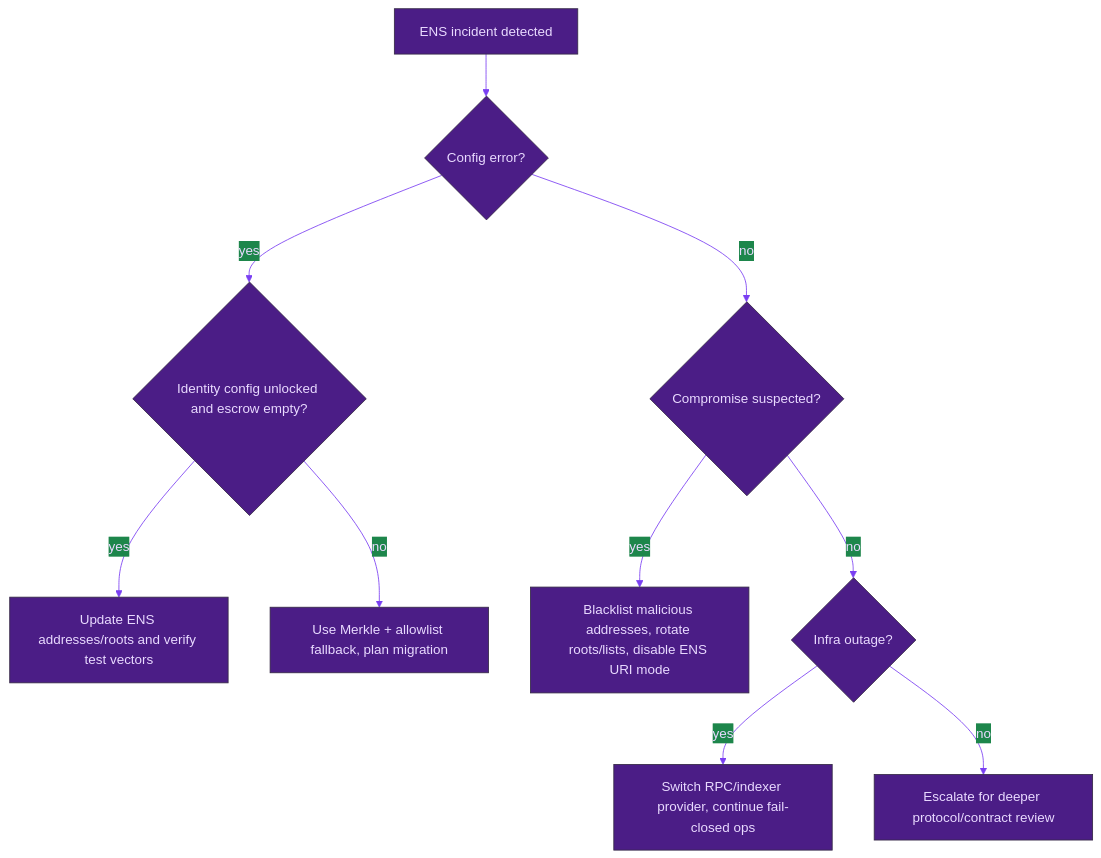
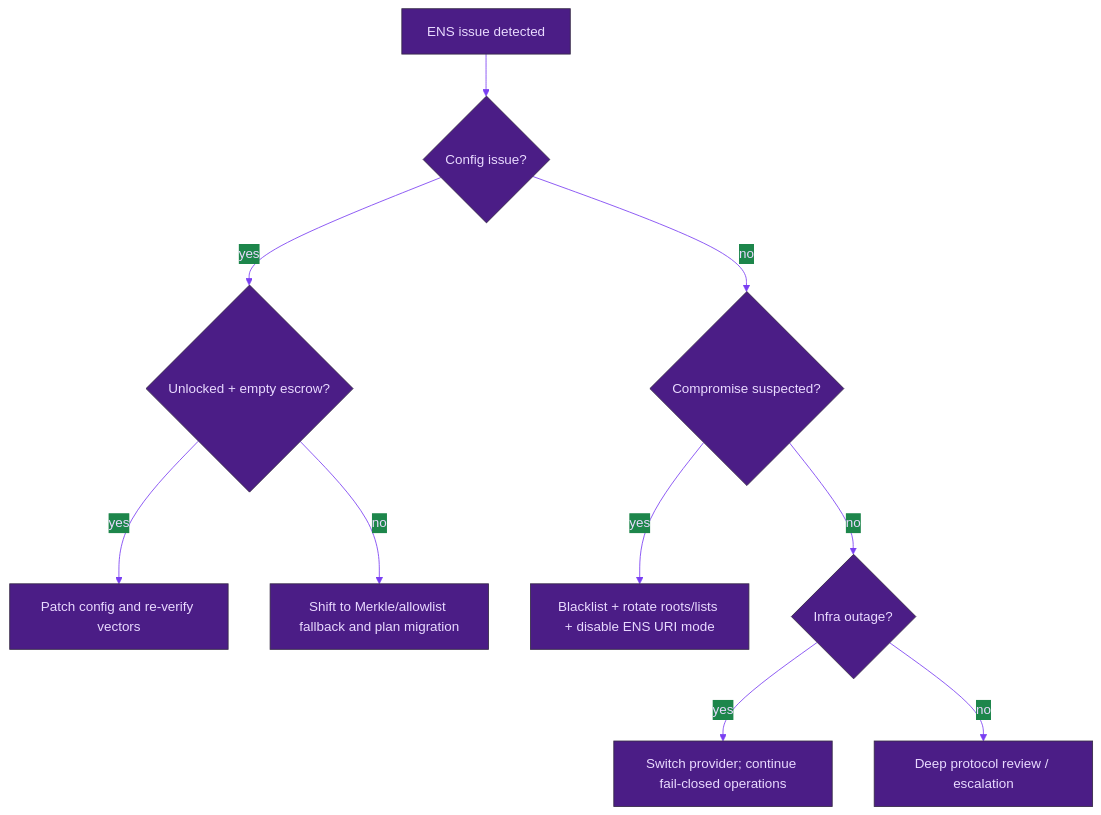
One commit to MontrealAI/AGIJobManager changed the first of 2 diagrams in docs/INTEGRATIONS/ENS_ROBUSTNESS.md. Above: the diagram before and after it, drawn with Mermaid. The commit also changed other lines of this file and 6 other files, not shown here.

````diff
--- a/docs/INTEGRATIONS/ENS_ROBUSTNESS.md
+++ b/docs/INTEGRATIONS/ENS_ROBUSTNESS.md
@@ -37,18 +39,18 @@
 ```mermaid
 %%{init: {"theme":"base","themeVariables":{
 "fontFamily":"ui-sans-serif, system-ui, -apple-system, Segoe UI, Roboto, Arial",
 "background":"#14001F","primaryColor":"#4B1D86","primaryTextColor":"#E9DAFF",
 "lineColor":"#7A3FF2","tertiaryColor":"#1B0B2A",
 "noteBkgColor":"#1B0B2A","noteTextColor":"#E9DAFF"
 }}}%%
 flowchart TD
-    A[ENS incident detected] --> B{Config error?}
-    B -->|yes| C{Identity config unlocked and escrow empty?}
-    C -->|yes| D[Update ENS addresses/roots and verify test vectors]
-    C -->|no| E[Use Merkle + allowlist fallback, plan migration]
+    A[ENS issue detected] --> B{Config issue?}
+    B -->|yes| C{Unlocked + empty escrow?}
+    C -->|yes| D[Patch config and re-verify vectors]
+    C -->|no| E[Shift to Merkle/allowlist fallback and plan migration]
     B -->|no| F{Compromise suspected?}
-    F -->|yes| G[Blacklist malicious addresses, rotate roots/lists, disable ENS URI mode]
+    F -->|yes| G[Blacklist + rotate roots/lists + disable ENS URI mode]
     F -->|no| H{Infra outage?}
-    H -->|yes| I[Switch RPC/indexer provider, continue fail-closed ops]
-    H -->|no| J[Escalate for deeper protocol/contract review]
+    H -->|yes| I[Switch provider; continue fail-closed operations]
+    H -->|no| J[Deep protocol review / escalation]
 ```
````
